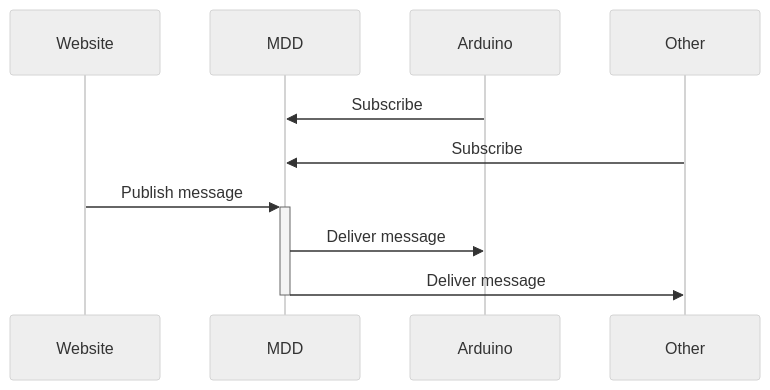
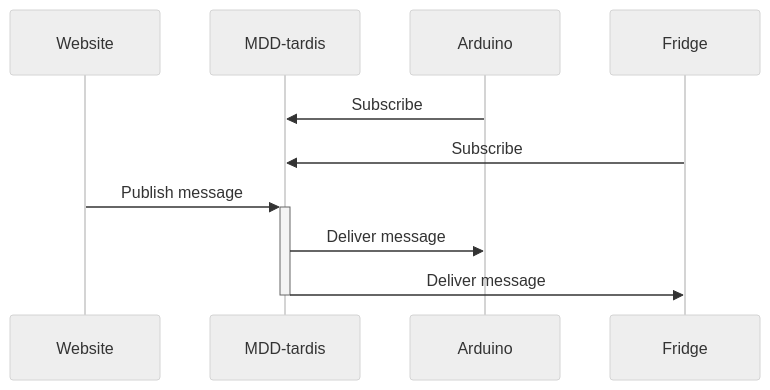
The second of 2 diagrams in slides.md (xiduzo/presentation-mqtt), drawn with Mermaid (neutral theme) before and after one commit. The commit also changed other lines of this file and 13 other files, not shown here.

````diff
--- a/slides.md
+++ b/slides.md
@@ -155,13 +154,13 @@
 ```mermaid
 sequenceDiagram
   participant Website
-  participant MDD
+  participant MDD-tardis
   participant Arduino
-  participant Other
+  participant Fridge
 
-  Arduino->>MDD: Subscribe
-  Other->>MDD: Subscribe
-  Website->>+MDD: Publish message
-  MDD->>Arduino: Deliver message
-  MDD->>-Other: Deliver message
+  Arduino->>MDD-tardis: Subscribe
+  Fridge->>MDD-tardis: Subscribe
+  Website->>+MDD-tardis: Publish message
+  MDD-tardis->>Arduino: Deliver message
+  MDD-tardis->>-Fridge: Deliver message
 ```
````
